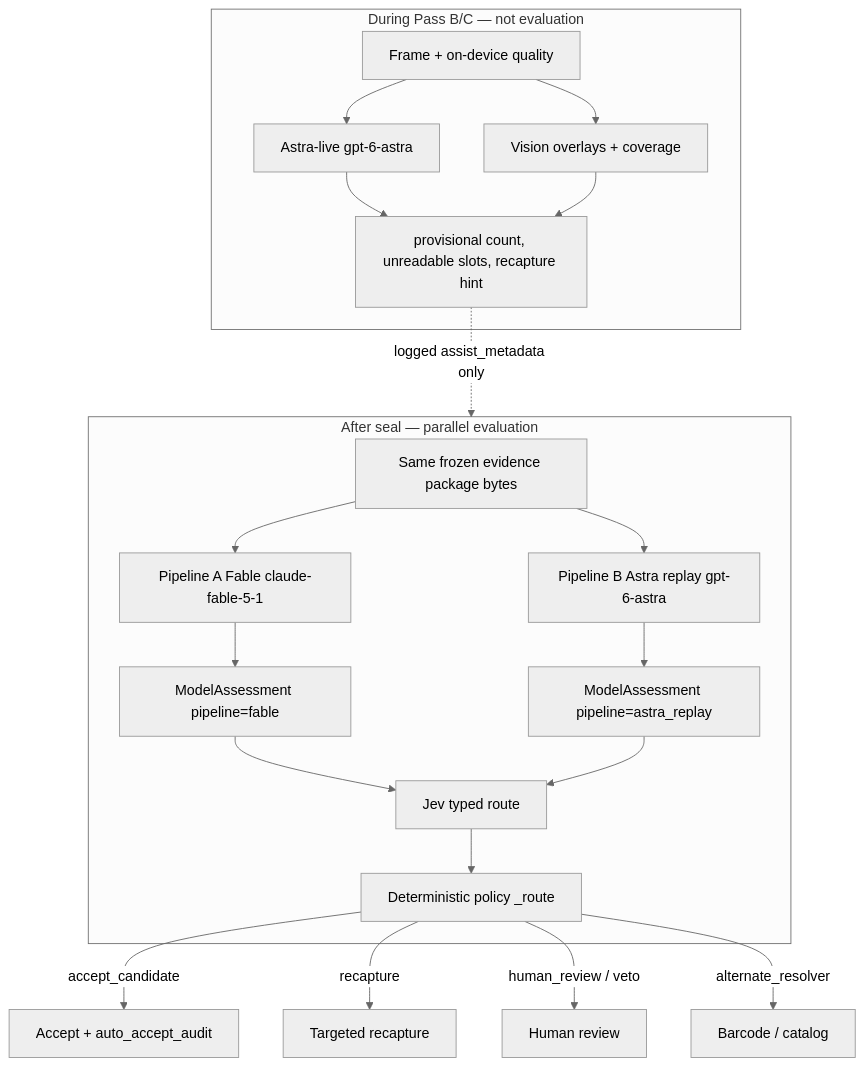
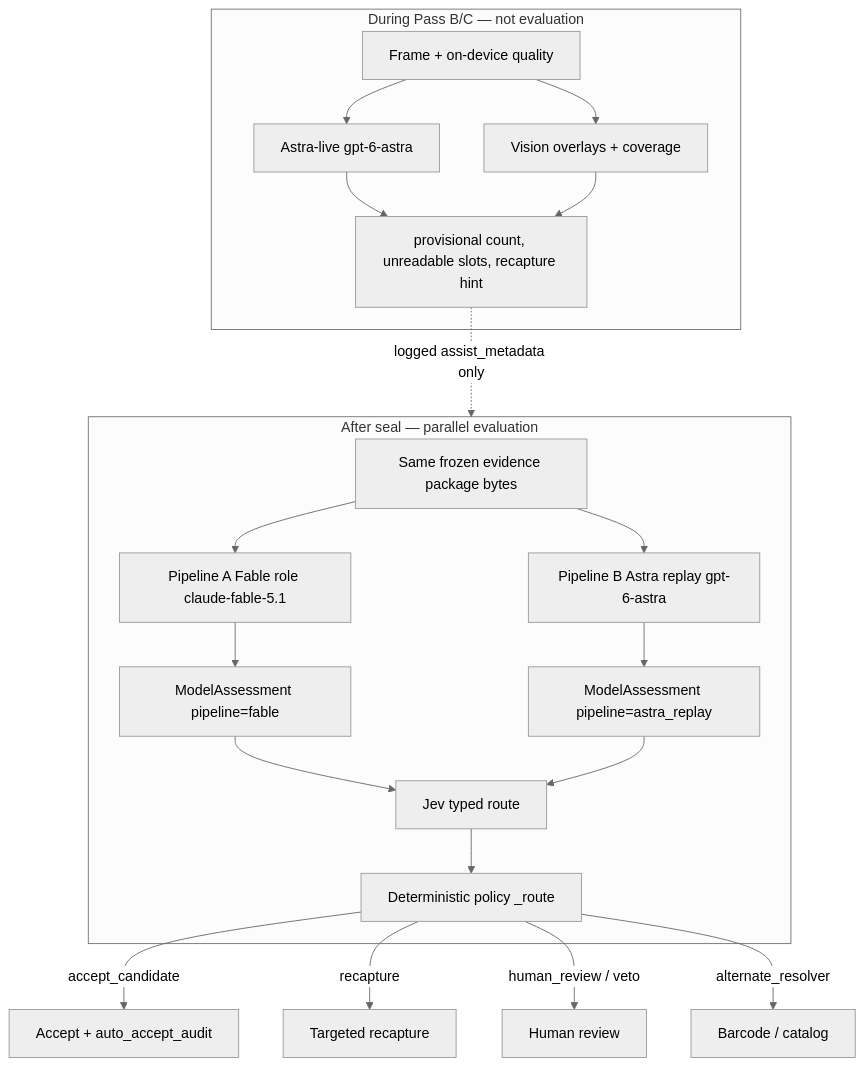
Diagram 13 of 16 in docs/architecture.md (harshsinha-12/library-estimate), drawn with Mermaid (neutral theme) before and after one commit. The commit also changed other lines of this file and 7 other files, not shown here.

````diff
--- a/docs/architecture.md
+++ b/docs/architecture.md
@@ -694,25 +694,25 @@
 ```mermaid
 flowchart TB
   subgraph Capture["During Pass B/C — not evaluation"]
     F["Frame + on-device quality"] --> OD["Vision overlays + coverage"]
     F --> AL["Astra-live gpt-6-astra"]
     AL --> UX["provisional count, unreadable slots, recapture hint"]
     OD --> UX
   end
 
   subgraph Seal["After seal — parallel evaluation"]
-    PKG["Same frozen evidence package bytes"] --> FA["Pipeline A Fable claude-fable-5-1"]
+    PKG["Same frozen evidence package bytes"] --> FA["Pipeline A Fable role claude-fable-5.1"]
     PKG --> AR["Pipeline B Astra replay gpt-6-astra"]
     FA --> NA["ModelAssessment pipeline=fable"]
     AR --> NB["ModelAssessment pipeline=astra_replay"]
     NA --> J["Jev typed route"]
     NB --> J
     J --> POL["Deterministic policy _route"]
   end
 
   UX -.->|"logged assist_metadata only"| Seal
   POL -->|accept_candidate| AC["Accept + auto_accept_audit"]
   POL -->|recapture| RC["Targeted recapture"]
   POL -->|human_review / veto| H["Human review"]
   POL -->|alternate_resolver| ALT["Barcode / catalog"]
 ```
````
